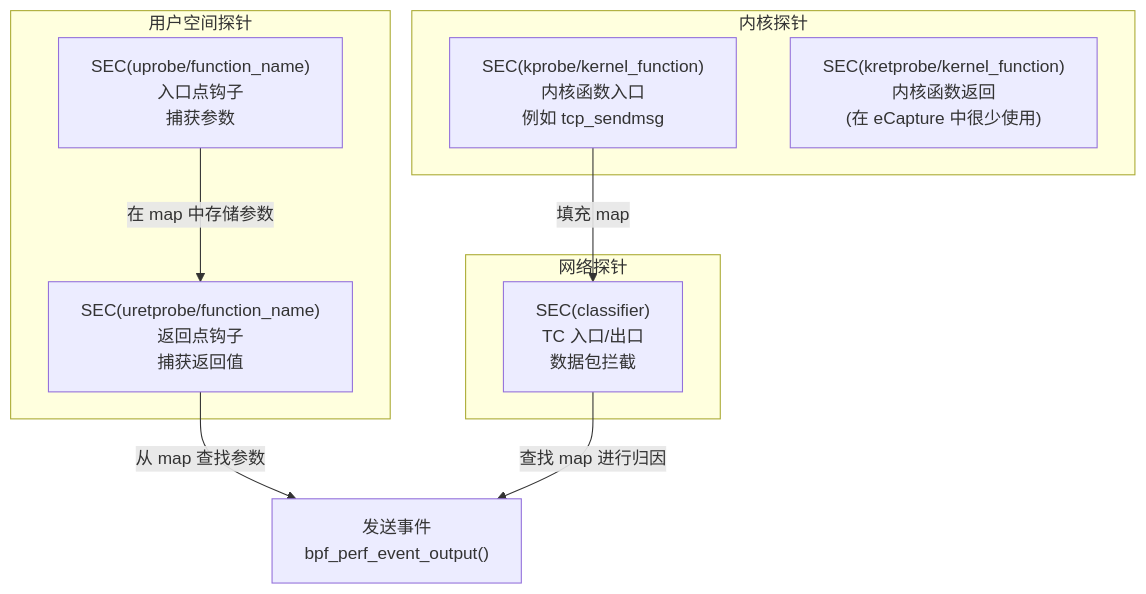
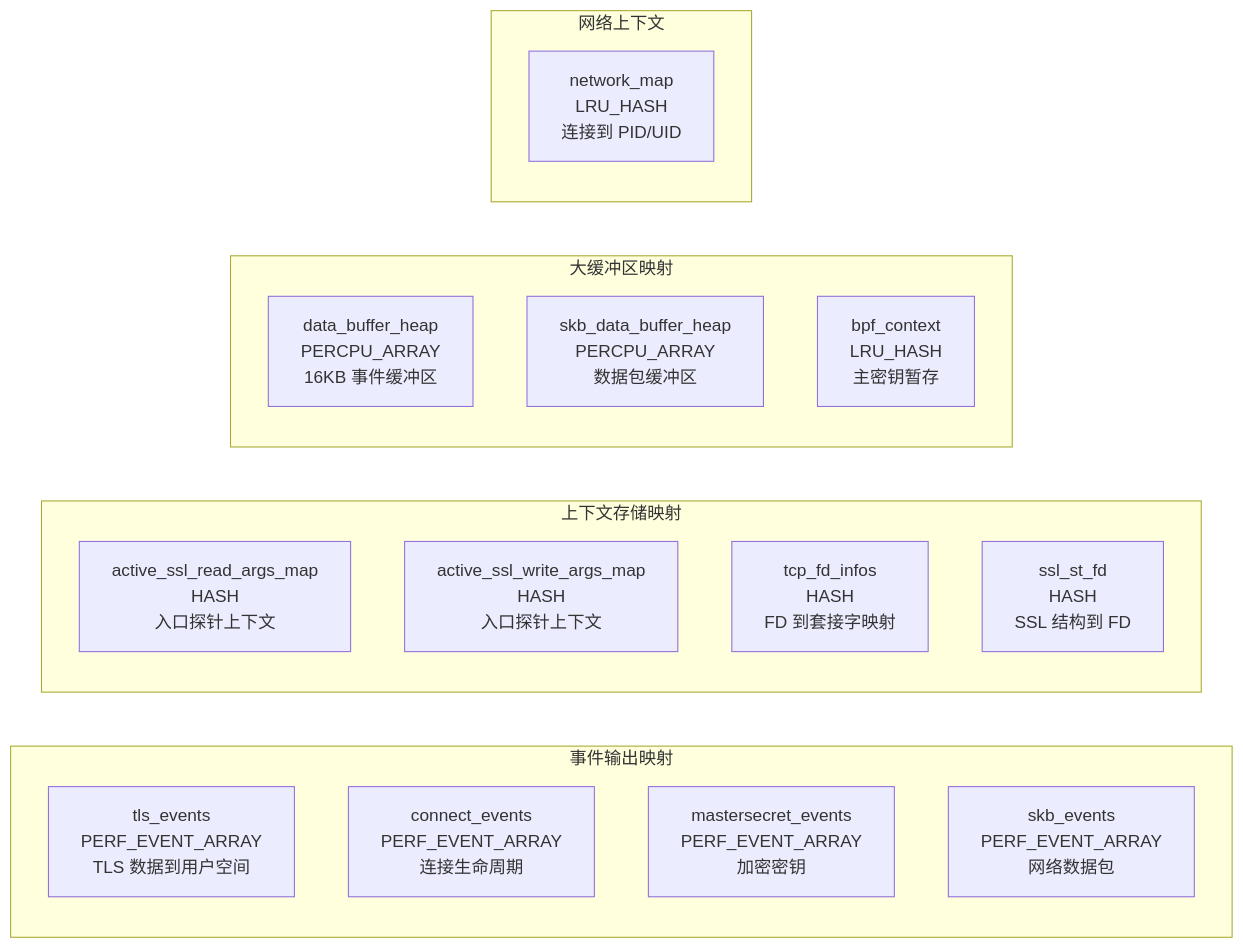
Before and after one commit to gojue/ecapture.cc: the fourth of 7 diagrams in src/zh/5-development-guide/5.2.1-ebpf-program-structure.md, drawn with Mermaid. The commit also changed other lines of this file and 115 other files, not shown here.

````diff
--- a/src/zh/5-development-guide/5.2.1-ebpf-program-structure.md
+++ b/src/zh/5-development-guide/5.2.1-ebpf-program-structure.md
@@ -304,21 +288,26 @@
 ```mermaid
-graph TB
-    subgraph "用户空间探针"
-        U1["SEC(uprobe/function_name)<br/>入口点钩子<br/>捕获参数"]
-        U2["SEC(uretprobe/function_name)<br/>返回点钩子<br/>捕获返回值"]
+graph LR
+    subgraph "事件输出映射"
+        TLS_EVENTS["tls_events<br/>PERF_EVENT_ARRAY<br/>TLS 数据到用户空间"]
+        CONN_EVENTS["connect_events<br/>PERF_EVENT_ARRAY<br/>连接生命周期"]
+        MASTER_EVENTS["mastersecret_events<br/>PERF_EVENT_ARRAY<br/>加密密钥"]
+        SKB_EVENTS["skb_events<br/>PERF_EVENT_ARRAY<br/>网络数据包"]
     end
     
-    subgraph "内核探针"
-        K1["SEC(kprobe/kernel_function)<br/>内核函数入口<br/>例如 tcp_sendmsg"]
-        K2["SEC(kretprobe/kernel_function)<br/>内核函数返回<br/>(在 eCapture 中很少使用)"]
+    subgraph "上下文存储映射"
+        ACTIVE_READ["active_ssl_read_args_map<br/>HASH<br/>入口探针上下文"]
+        ACTIVE_WRITE["active_ssl_write_args_map<br/>HASH<br/>入口探针上下文"]
+        TCP_FD["tcp_fd_infos<br/>HASH<br/>FD 到套接字映射"]
+        SSL_FD["ssl_st_fd<br/>HASH<br/>SSL 结构到 FD"]
     end
     
-    subgraph "网络探针"
-        N1["SEC(classifier)<br/>TC 入口/出口<br/>数据包拦截"]
+    subgraph "大缓冲区映射"
+        DATA_HEAP["data_buffer_heap<br/>PERCPU_ARRAY<br/>16KB 事件缓冲区"]
+        SKB_HEAP["skb_data_buffer_heap<br/>PERCPU_ARRAY<br/>数据包缓冲区"]
+        BPF_CTX["bpf_context<br/>LRU_HASH<br/>主密钥暂存"]
     end
     
-    U1 -->|"在 map 中存储参数"| U2
-    U2 -->|"从 map 查找参数"| EVENT["发送事件<br/>bpf_perf_event_output()"]
-    K1 -->|"填充 map"| N1
-    N1 -->|"查找 map 进行归因"| EVENT
+    subgraph "网络上下文"
+        NETWORK_MAP["network_map<br/>LRU_HASH<br/>连接到 PID/UID"]
+    end
 ```
````
